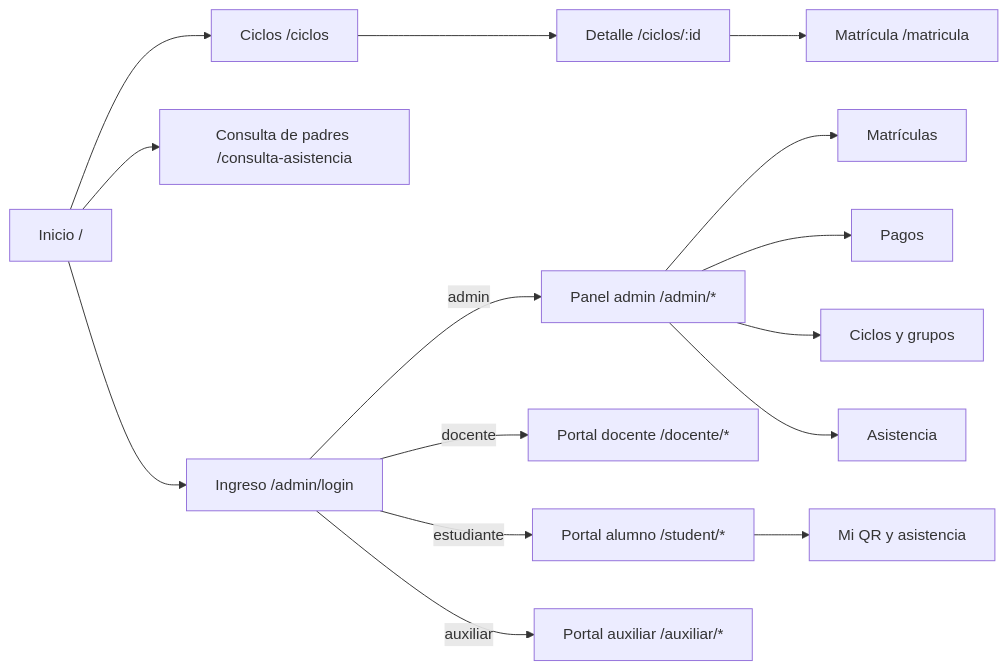
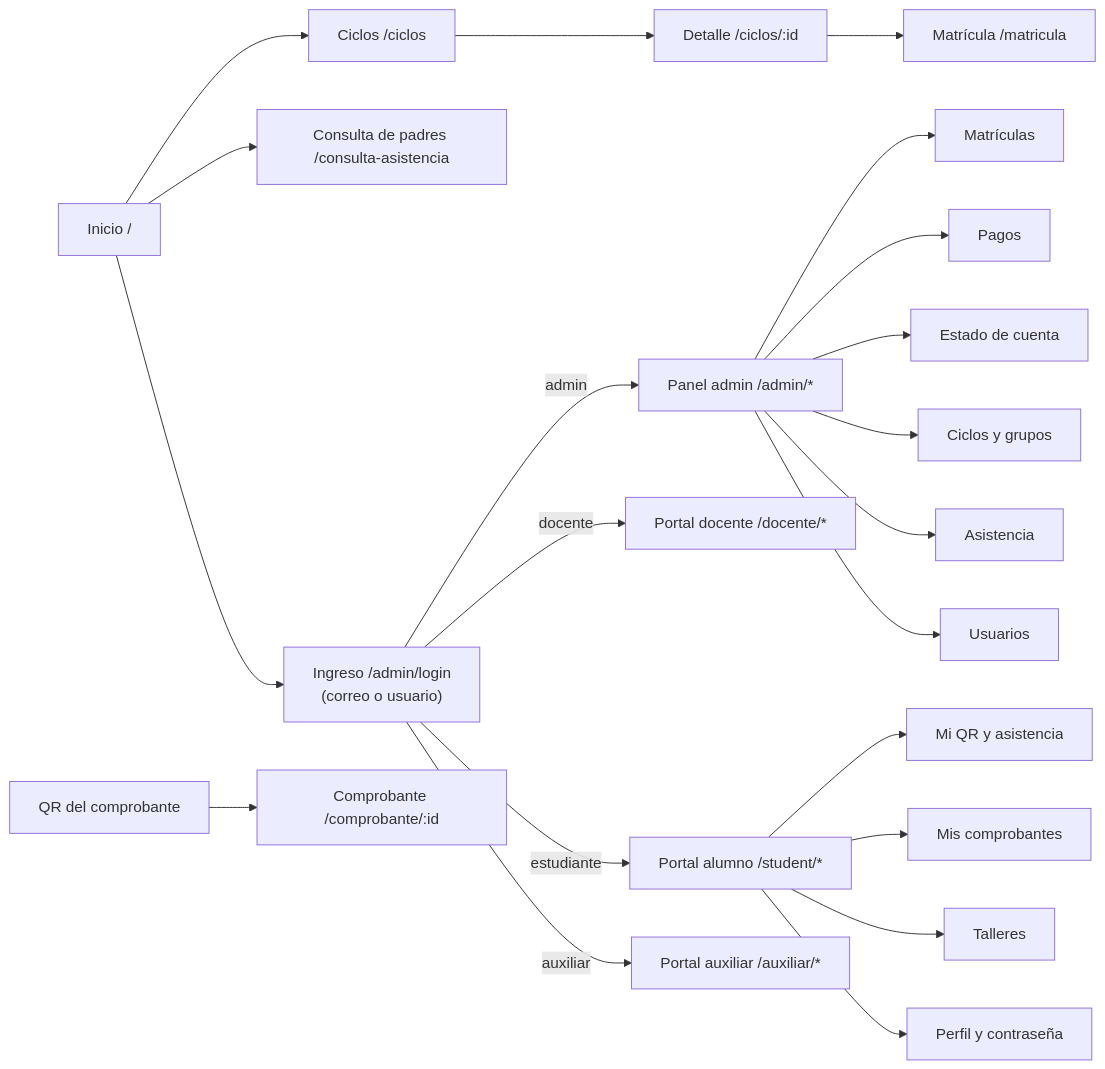
Before and after one commit to yucradavid/Perfil-de-egreso-Plataforma-Web-Integral-CERMAT: the first of 13 diagrams in docs/e1-definicion-sistema-ce021.md, drawn with Mermaid. The commit also changed other lines of this file and 27 other files, not shown here.

````diff
--- a/docs/e1-definicion-sistema-ce021.md
+++ b/docs/e1-definicion-sistema-ce021.md
@@ -121,14 +150,15 @@
 ```mermaid
 flowchart LR
   Inicio["Inicio /"] --> Ciclos["Ciclos /ciclos"]
   Ciclos --> Detalle["Detalle /ciclos/:id"]
   Detalle --> Matricula["Matrícula /matricula"]
   Inicio --> Consulta["Consulta de padres /consulta-asistencia"]
-  Inicio --> Login["Ingreso /admin/login"]
+  QRC["QR del comprobante"] --> Comprobante["Comprobante /comprobante/:id"]
+  Inicio --> Login["Ingreso /admin/login<br/>(correo o usuario)"]
   Login -->|admin| Admin["Panel admin /admin/*"]
   Login -->|docente| Docente["Portal docente /docente/*"]
   Login -->|estudiante| Alumno["Portal alumno /student/*"]
   Login -->|auxiliar| Auxiliar["Portal auxiliar /auxiliar/*"]
-  Admin --> AM["Matrículas"] & AP["Pagos"] & AC["Ciclos y grupos"] & AA["Asistencia"]
-  Alumno --> QR["Mi QR y asistencia"]
+  Admin --> AM["Matrículas"] & AP["Pagos"] & AE["Estado de cuenta"] & AC["Ciclos y grupos"] & AA["Asistencia"] & AU["Usuarios"]
+  Alumno --> QR["Mi QR y asistencia"] & MC["Mis comprobantes"] & TL["Talleres"] & PF["Perfil y contraseña"]
 ```
````
